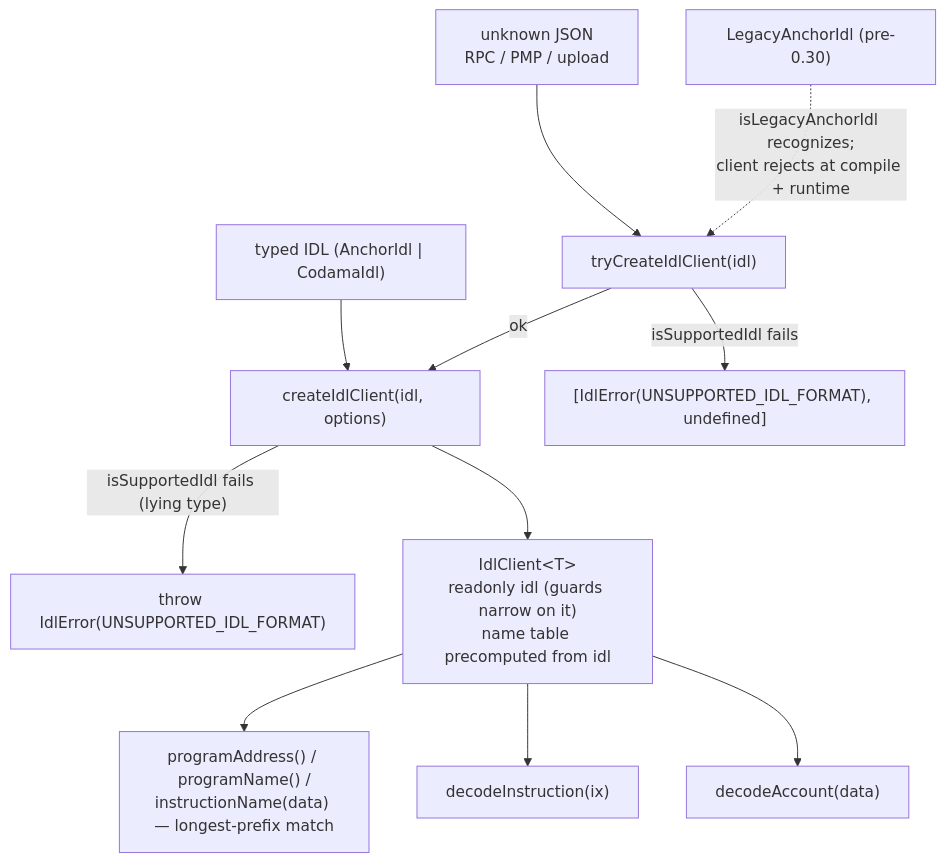
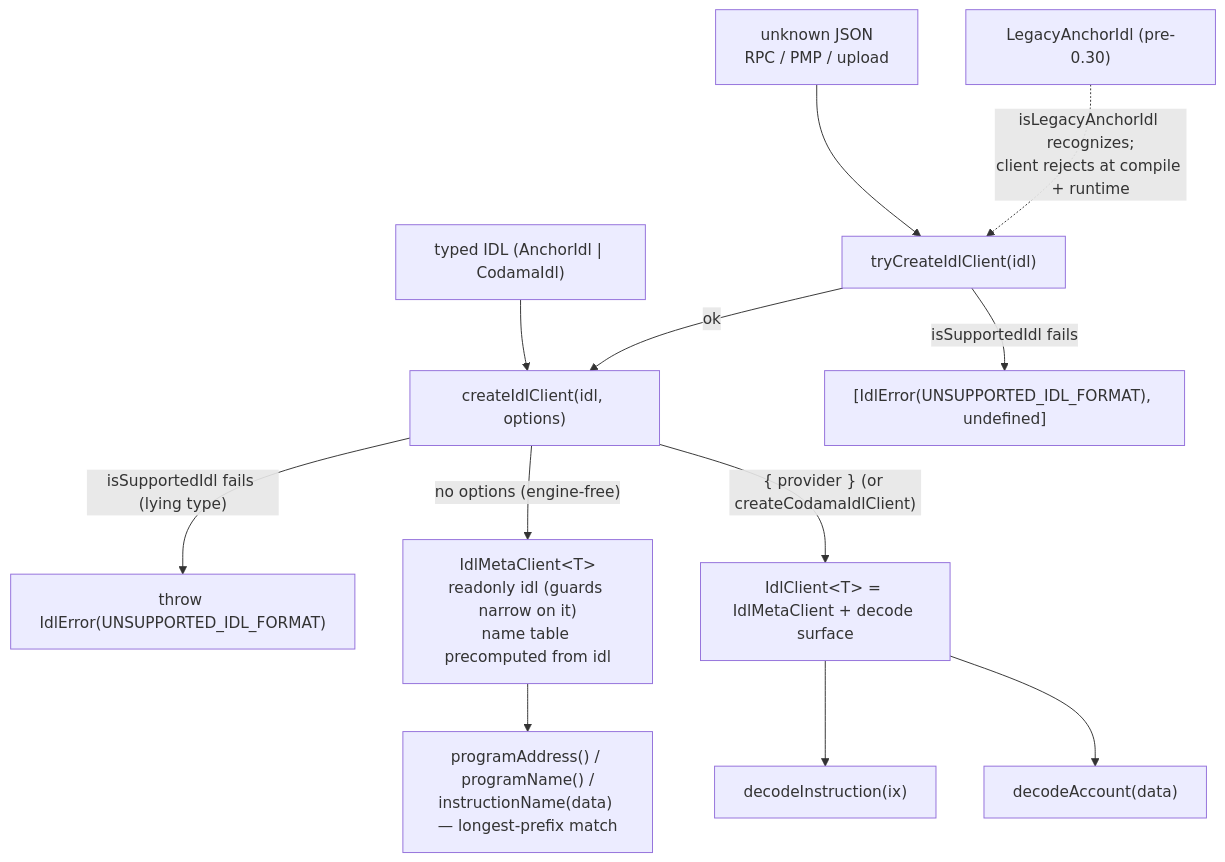
Before and after one commit to hoodieshq/explorer: the first of 2 diagrams in packages/idl/openspec/changes/document-idl-client/design.md, drawn with Mermaid. The commit also changed other lines of this file, not shown here.

Commit message:
docs(idl): sync openspec design with the provider-required client

````diff
--- a/packages/idl/openspec/changes/document-idl-client/design.md
+++ b/packages/idl/openspec/changes/document-idl-client/design.md
@@ -15,13 +16,14 @@
 ```mermaid
 flowchart TD
     RAW[unknown JSON<br/>RPC / PMP / upload] --> TRY["tryCreateIdlClient(idl)"]
     TYPED["typed IDL (AnchorIdl | CodamaIdl)"] --> CREATE["createIdlClient(idl, options)"]
     TRY -->|"isSupportedIdl fails"| ERR["[IdlError(UNSUPPORTED_IDL_FORMAT), undefined]"]
     TRY -->|ok| CREATE
     CREATE -->|"isSupportedIdl fails (lying type)"| THROW["throw IdlError(UNSUPPORTED_IDL_FORMAT)"]
-    CREATE --> CLIENT["IdlClient&lt;T&gt;<br/>readonly idl (guards narrow on it)<br/>name table precomputed from idl"]
-    CLIENT --> META["programAddress() / programName() /<br/>instructionName(data) — longest-prefix match"]
+    CREATE -->|"no options (engine-free)"| METACLIENT["IdlMetaClient&lt;T&gt;<br/>readonly idl (guards narrow on it)<br/>name table precomputed from idl"]
+    CREATE -->|"{ provider } (or createCodamaIdlClient)"| CLIENT["IdlClient&lt;T&gt; = IdlMetaClient + decode surface"]
+    METACLIENT --> META["programAddress() / programName() /<br/>instructionName(data) — longest-prefix match"]
     CLIENT --> DI["decodeInstruction(ix)"]
     CLIENT --> DA["decodeAccount(data)"]
     LEGACY["LegacyAnchorIdl (pre-0.30)"] -. "isLegacyAnchorIdl recognizes;<br/>client rejects at compile + runtime" .-> TRY
 ```
````
